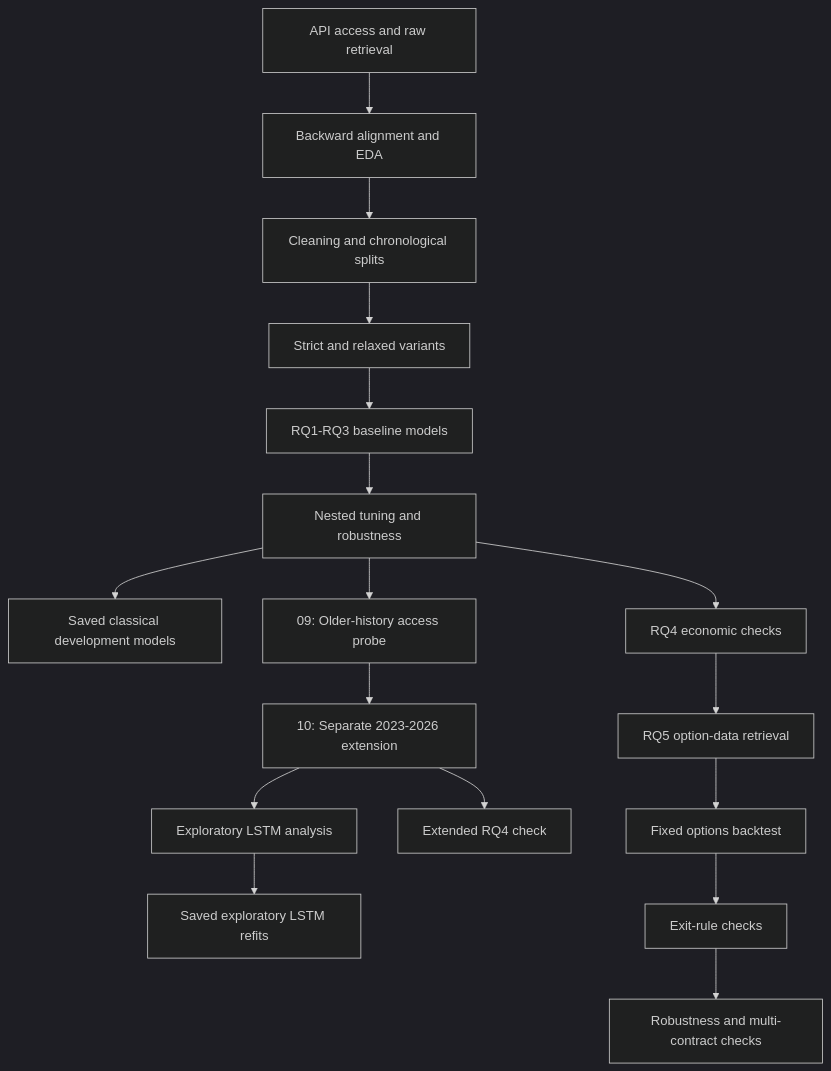
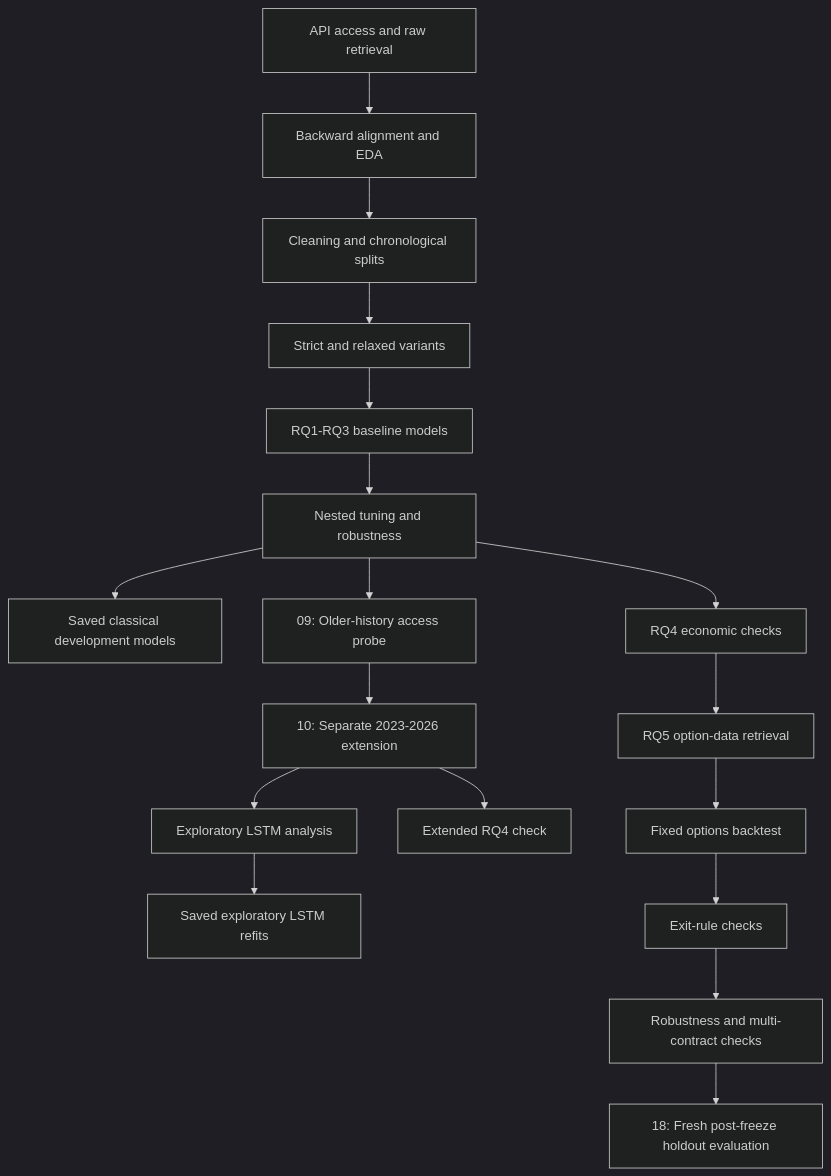
One commit to Ferreter/Dissertation changed the diagram in docs/workflow.md. Above: the diagram before and after it, drawn with Mermaid (dark theme). The commit also changed other lines of this file and 3 other files, not shown here.

````diff
--- a/docs/workflow.md
+++ b/docs/workflow.md
@@ -7,19 +7,20 @@
 ```mermaid
 flowchart TD
     A["API access and raw retrieval"] --> B["Backward alignment and EDA"]
     B --> C["Cleaning and chronological splits"]
     C --> D["Strict and relaxed variants"]
     D --> E["RQ1-RQ3 baseline models"]
     E --> F["Nested tuning and robustness"]
     F --> G["Saved classical development models"]
     F --> H0["09: Older-history access probe"]
     H0 --> H["10: Separate 2023-2026 extension"]
     H --> I["Exploratory LSTM analysis"]
     I --> J["Saved exploratory LSTM refits"]
     F --> K["RQ4 economic checks"]
     H --> L["Extended RQ4 check"]
     K --> M["RQ5 option-data retrieval"]
     M --> N["Fixed options backtest"]
     N --> O["Exit-rule checks"]
     O --> P["Robustness and multi-contract checks"]
+    P --> Q["18: Fresh post-freeze holdout evaluation"]
 ```
````
